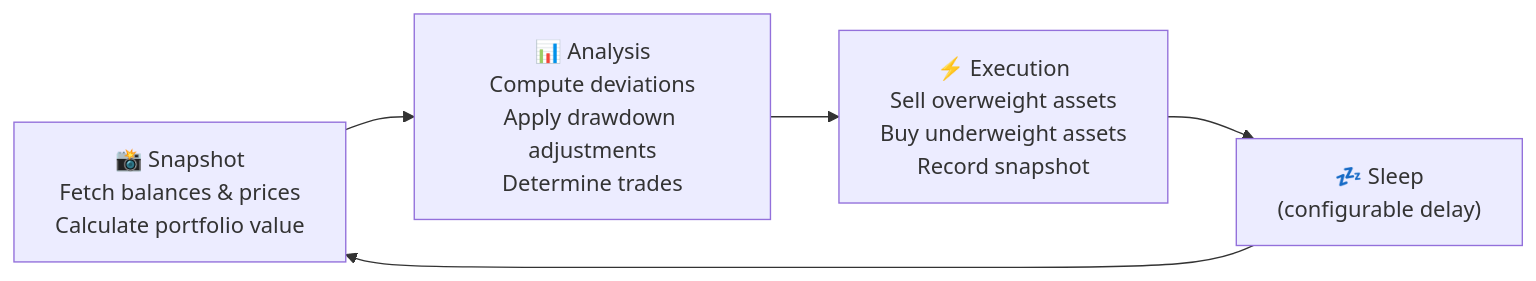
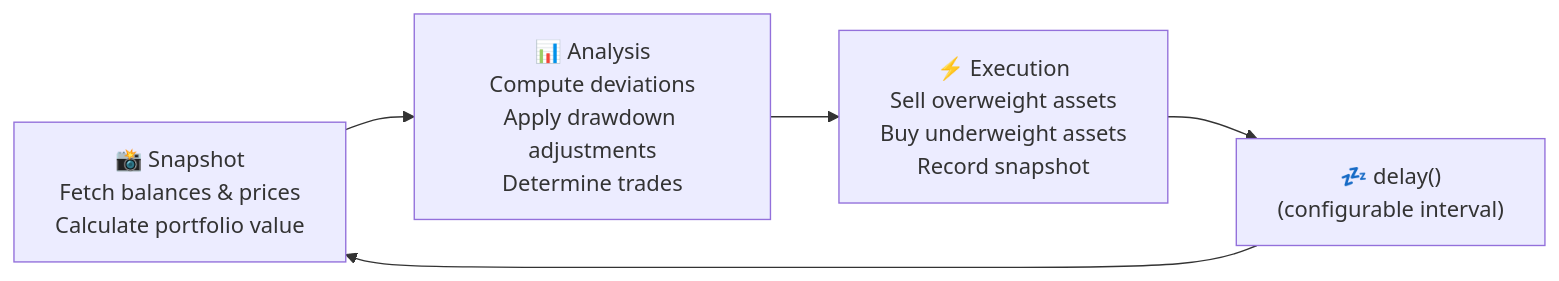
One commit to HyperVon/new-kraken-rebalancer changed the second of 2 diagrams in README.md. Above: the diagram before and after it, drawn with Mermaid. The commit also changed other lines of this file and 3 other files, not shown here.

````diff
--- a/README.md
+++ b/README.md
@@ -113,7 +116,7 @@
 ```mermaid
 flowchart LR
     A["📸 Snapshot\nFetch balances & prices\nCalculate portfolio value"] --> B["📊 Analysis\nCompute deviations\nApply drawdown adjustments\nDetermine trades"]
     B --> C["⚡ Execution\nSell overweight assets\nBuy underweight assets\nRecord snapshot"]
-    C --> D["💤 Sleep\n(configurable delay)"]
+    C --> D["💤 delay()\n(configurable interval)"]
     D --> A
 ```
````
